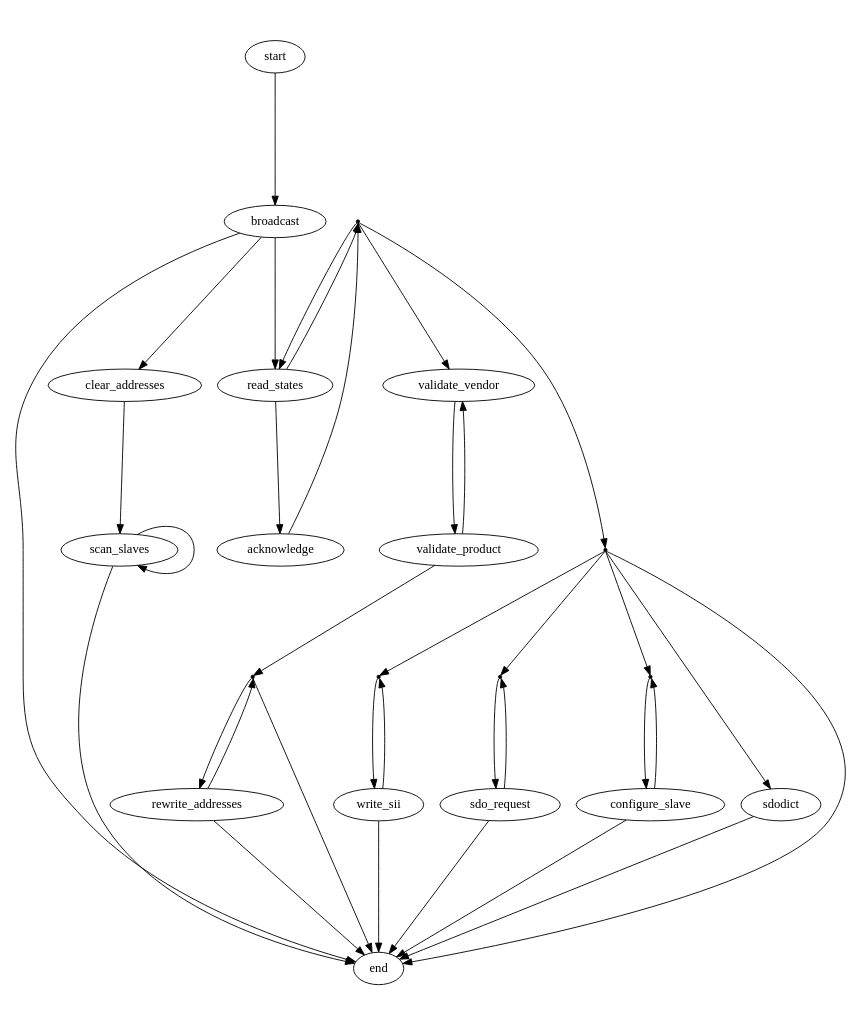
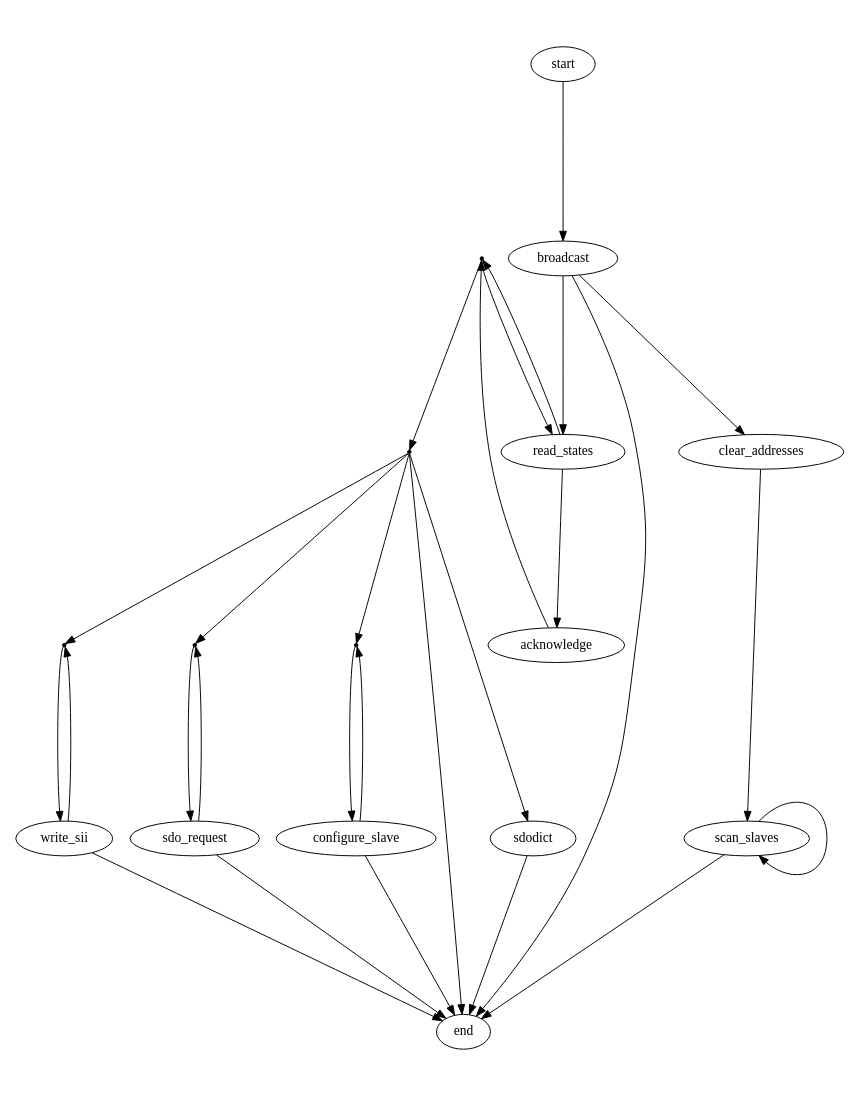
The diagram in documentation/graphs/fsm_master.dot (ribalda/ethercat), drawn with Graphviz before and after one commit. The commit also changed 7 other files, not shown here.

```diff
--- a/documentation/graphs/fsm_master.dot
+++ b/documentation/graphs/fsm_master.dot
@@ -1,83 +1,67 @@
 
 /* $Id$ */
 
 digraph master {
     size="7,9"
     center=1
 	ratio=fill
 
     action_process_sii [shape=point,label=""]
     action_process_sdo [shape=point,label=""]
     action_configure [shape=point,label=""]
     action_next_slave_state [shape=point,label=""]
     action_process_states [shape=point,label=""]
-    action_addresses [shape=point,label=""]
 
     start -> broadcast [weight=10]
 
     //broadcast -> error
     broadcast -> end
     broadcast -> clear_addresses
     broadcast -> read_states [weight=10]
 
     action_process_sii -> write_sii
 
     action_process_sdo -> sdo_request
 
     action_configure -> configure_slave
 
     action_process_states -> action_configure
     action_process_states -> action_process_sdo
     action_process_states -> sdodict
     action_process_states -> action_process_sii
     action_process_states -> end
 
     action_next_slave_state -> read_states
-    action_next_slave_state -> validate_vendor
     action_next_slave_state -> action_process_states
 
     //read_states -> error
     read_states -> action_next_slave_state
     read_states -> acknowledge
 
     //acknowledge -> error
     acknowledge -> action_next_slave_state
-
-    //validate_vendor -> error
-    validate_vendor -> validate_product
-
-    action_addresses -> end
-    action_addresses -> rewrite_addresses
-
-    //validate_product -> error
-    validate_product -> action_addresses
-    validate_product -> validate_vendor
-
-    //rewrite_addresses -> error
-    rewrite_addresses -> end
-    rewrite_addresses -> action_addresses
 
     //clear_addresses -> error
     clear_addresses -> scan_slaves
 
     scan_slaves -> scan_slaves
     scan_slaves -> end
 
     configure_slave -> action_configure
     configure_slave -> end
 
     //write_sii -> error
     write_sii -> action_process_sii
     write_sii -> end
 
     //sdodict -> error
     sdodict -> end
 
     //sdo_request -> error
     sdo_request -> action_process_sdo
     sdo_request -> end
 
     //error -> start
 
     //end -> start
 }
```
